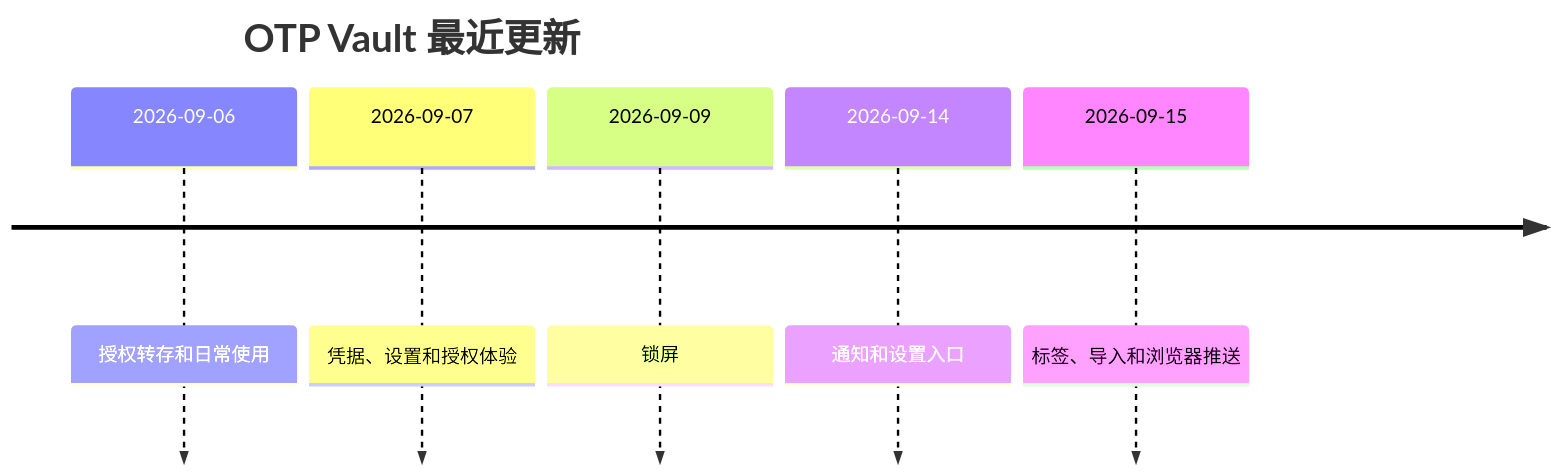
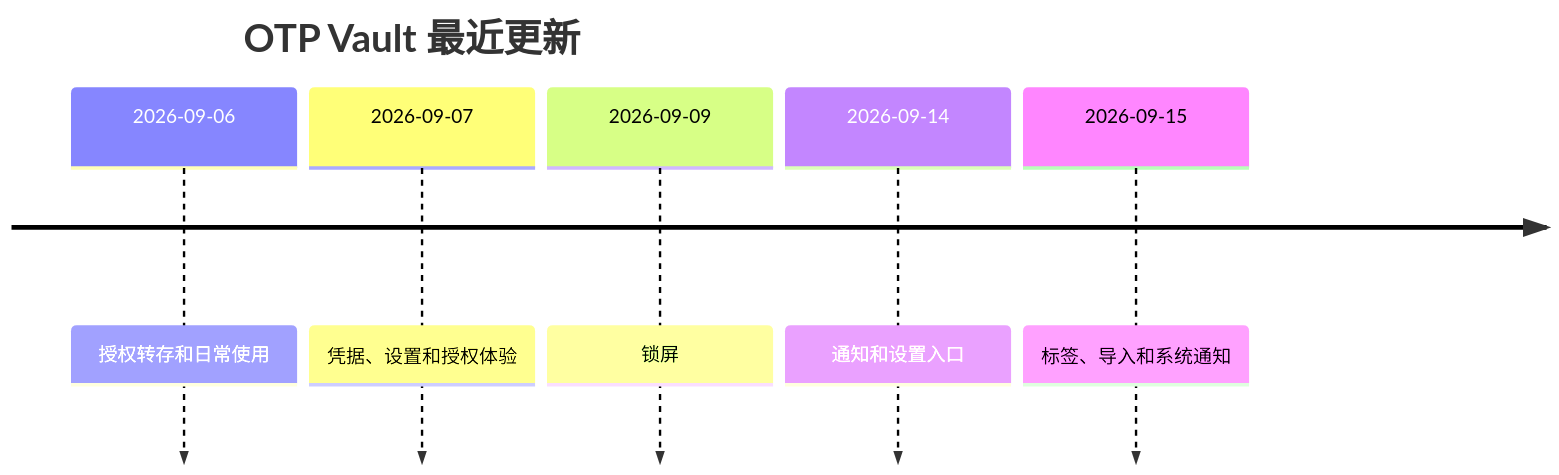
The fourth of 4 diagrams in docs/otp-vault-user-guide.md (serein-morii/xb-h5), drawn with Mermaid before and after one commit. The commit also changed other lines of this file and 6 other files, not shown here.

````diff
--- a/docs/otp-vault-user-guide.md
+++ b/docs/otp-vault-user-guide.md
@@ -256,9 +256,9 @@
 ```mermaid
 timeline
     title OTP Vault 最近更新
     2026-09-06 : 授权转存和日常使用
     2026-09-07 : 凭据、设置和授权体验
     2026-09-09 : 锁屏
     2026-09-14 : 通知和设置入口
-    2026-09-15 : 标签、导入和浏览器推送
+    2026-09-15 : 标签、导入和系统通知
 ```
````
